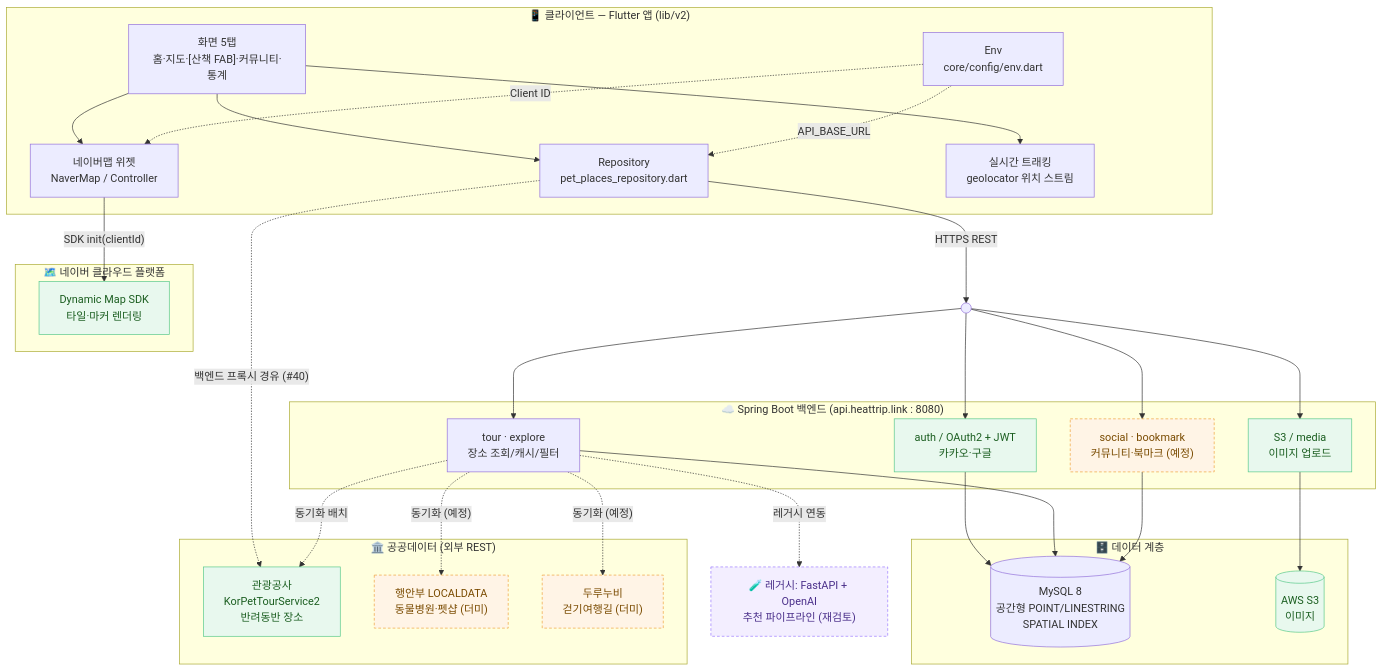
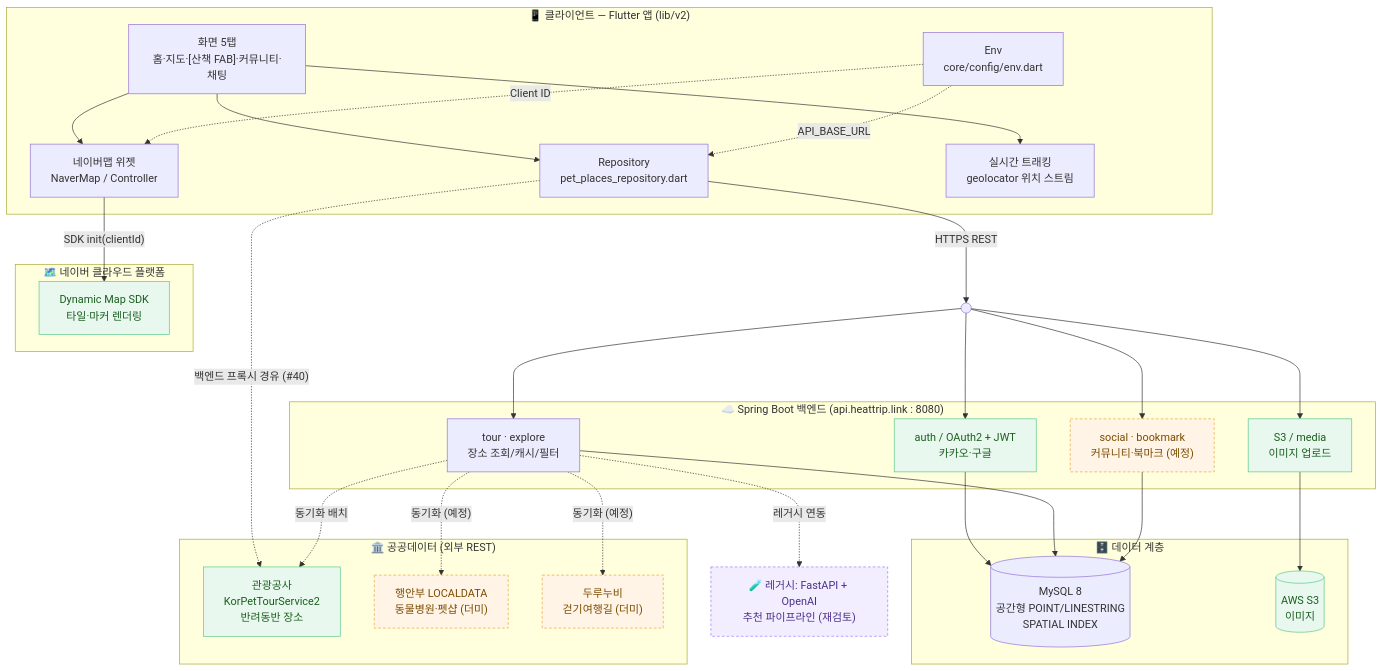
One commit to sanghyunbang/pawloop changed the first of 5 diagrams in docs/02-architecture/system-overview.md. Above: the diagram before and after it, drawn with Mermaid. The commit also changed other lines of this file and 16 other files, not shown here.

````diff
--- a/docs/02-architecture/system-overview.md
+++ b/docs/02-architecture/system-overview.md
@@ -27,66 +27,66 @@
 ```mermaid
 flowchart TB
     subgraph client["📱 클라이언트 — Flutter 앱 (lib/v2)"]
-        UI["화면 5탭<br/>홈·지도·[산책 FAB]·커뮤니티·통계"]
+        UI["화면 5탭<br/>홈·지도·[산책 FAB]·커뮤니티·채팅"]
         REPO["Repository<br/>pet_places_repository.dart"]
         MAP["네이버맵 위젯<br/>NaverMap / Controller"]
         GPS["실시간 트래킹<br/>geolocator 위치 스트림"]
         ENV["Env<br/>core/config/env.dart"]
     end
 
     subgraph naver["🗺️ 네이버 클라우드 플랫폼"]
         NSDK["Dynamic Map SDK<br/>타일·마커 렌더링"]
     end
 
     subgraph public["🏛️ 공공데이터 (외부 REST)"]
         KTO["관광공사<br/>KorPetTourService2<br/>반려동반 장소"]
         LOCAL["행안부 LOCALDATA<br/>동물병원·펫샵 (더미)"]
         DURU["두루누비<br/>걷기여행길 (더미)"]
     end
 
     subgraph backend["☁️ Spring Boot 백엔드 (api.heattrip.link : 8080)"]
         AUTH["auth / OAuth2 + JWT<br/>카카오·구글"]
         TOUR["tour · explore<br/>장소 조회/캐시/필터"]
         SOCIAL["social · bookmark<br/>커뮤니티·북마크 (예정)"]
         S3SVC["S3 / media<br/>이미지 업로드"]
     end
 
     subgraph data["🗄️ 데이터 계층"]
         MYSQL[("MySQL 8<br/>공간형 POINT/LINESTRING<br/>SPATIAL INDEX")]
         S3[("AWS S3<br/>이미지")]
     end
 
     LEGACY["🧪 레거시: FastAPI + OpenAI<br/>추천 파이프라인 (재검토)"]
 
     UI --> REPO
     UI --> MAP
     UI --> GPS
     REPO -->|"HTTPS REST"| BACKENDGW(( ))
     ENV -. "Client ID" .-> MAP
     ENV -. "API_BASE_URL" .-> REPO
 
     MAP -->|"SDK init(clientId)"| NSDK
     REPO -.->|"백엔드 프록시 경유 (#40)"| KTO
 
     BACKENDGW --> AUTH
     BACKENDGW --> TOUR
     BACKENDGW --> SOCIAL
     BACKENDGW --> S3SVC
 
     AUTH --> MYSQL
     TOUR --> MYSQL
     SOCIAL --> MYSQL
     S3SVC --> S3
 
     TOUR -.->|"동기화 배치"| KTO
     TOUR -.->|"동기화 (예정)"| LOCAL
     TOUR -.->|"동기화 (예정)"| DURU
     TOUR -.->|"레거시 연동"| LEGACY
 
     classDef done fill:#E8F8EE,stroke:#57C98A,color:#1b5e20;
     classDef dummy fill:#FFF4E6,stroke:#EFA13C,color:#7a4b00,stroke-dasharray:4 3;
     classDef legacy fill:#F3EEFF,stroke:#9B7BFF,color:#4a2f8a,stroke-dasharray:4 3;
     class NSDK,KTO,AUTH,S3SVC,S3 done;
     class LOCAL,DURU,SOCIAL dummy;
     class LEGACY legacy;
 ```
````
